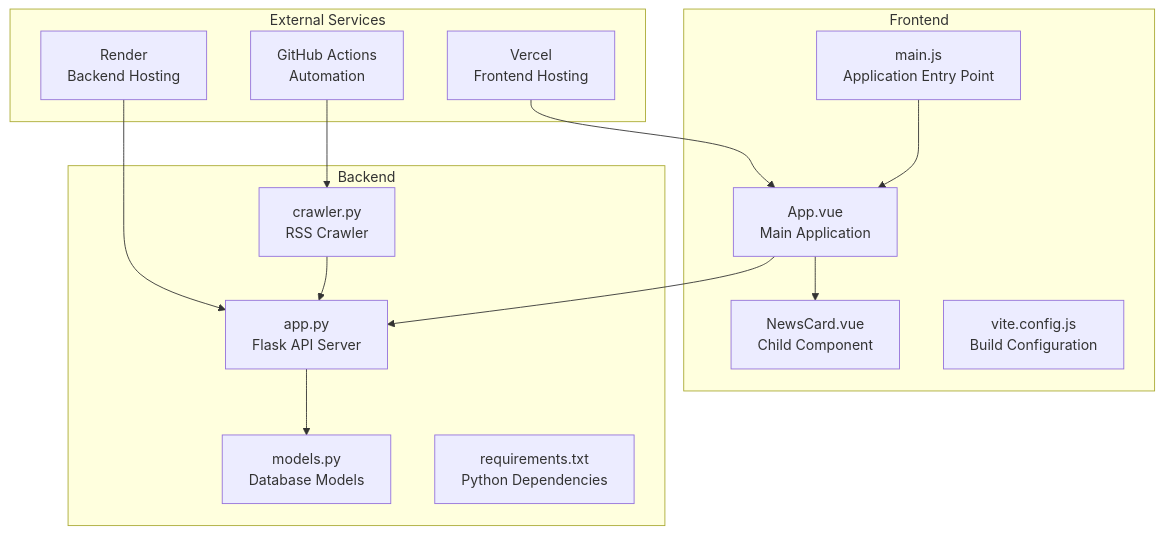
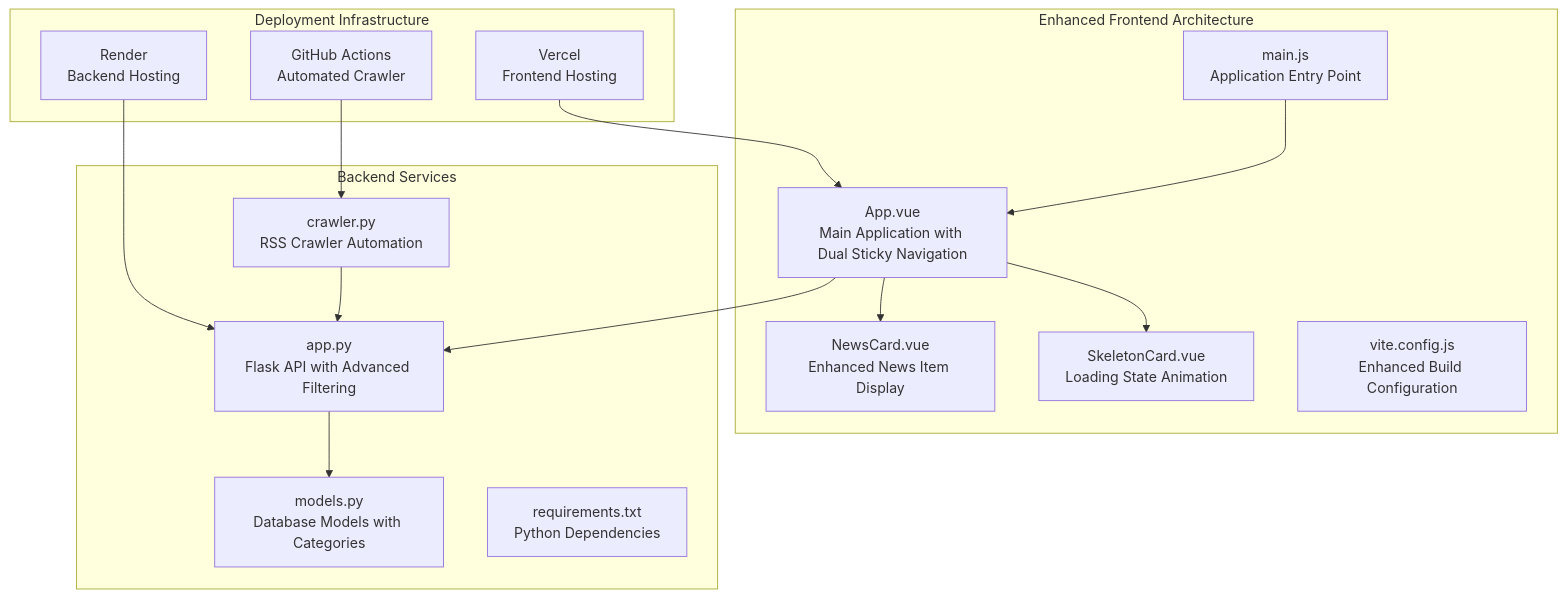
The first of 11 diagrams in .qoder/repowiki/en/content/Frontend Application/App Component.md (zbw-zbw/news-aggregator), drawn with Mermaid before and after one commit. The commit also changed other lines of this file and 4 other files, not shown here.

````diff
--- a/.qoder/repowiki/en/content/Frontend Application/App Component.md
+++ b/.qoder/repowiki/en/content/Frontend Application/App Component.md
@@ -34,28 +49,30 @@
 ```mermaid
 graph TB
-subgraph "Frontend"
-A[App.vue<br/>Main Application]
-B[NewsCard.vue<br/>Child Component]
-C[main.js<br/>Application Entry Point]
-D[vite.config.js<br/>Build Configuration]
+subgraph "Enhanced Frontend Architecture"
+A[App.vue<br/>Main Application with Dual Sticky Navigation]
+B[NewsCard.vue<br/>Enhanced News Item Display]
+C[SkeletonCard.vue<br/>Loading State Animation]
+D[main.js<br/>Application Entry Point]
+E[vite.config.js<br/>Enhanced Build Configuration]
 end
-subgraph "Backend"
-E[app.py<br/>Flask API Server]
-F[models.py<br/>Database Models]
-G[crawler.py<br/>RSS Crawler]
-H[requirements.txt<br/>Python Dependencies]
+subgraph "Backend Services"
+F[app.py<br/>Flask API with Advanced Filtering]
+G[models.py<br/>Database Models with Categories]
+H[crawler.py<br/>RSS Crawler Automation]
+I[requirements.txt<br/>Python Dependencies]
 end
-subgraph "External Services"
-I[Vercel<br/>Frontend Hosting]
-J[Render<br/>Backend Hosting]
-K[GitHub Actions<br/>Automation]
+subgraph "Deployment Infrastructure"
+J[Vercel<br/>Frontend Hosting]
+K[Render<br/>Backend Hosting]
+L[GitHub Actions<br/>Automated Crawler]
 end
 A --> B
-A --> E
-C --> A
-E --> F
-G --> E
-K --> G
-I --> A
-J --> E
+A --> C
+A --> F
+D --> A
+F --> G
+H --> F
+L --> H
+J --> A
+K --> F
 ```
````
